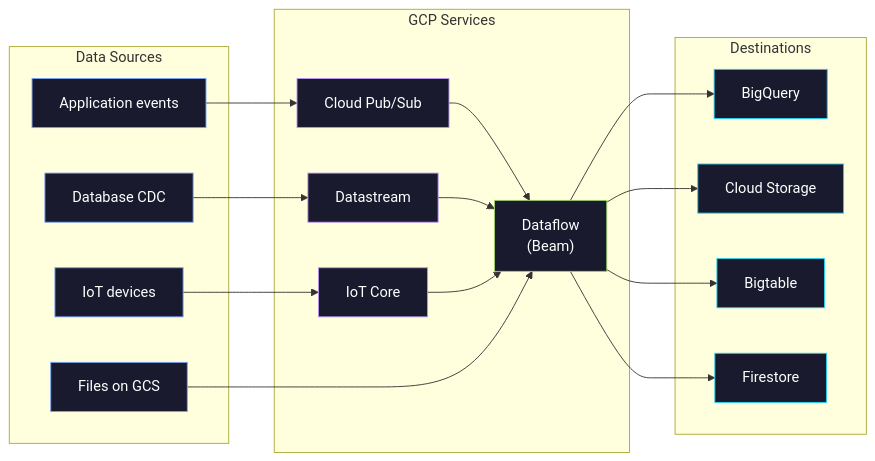
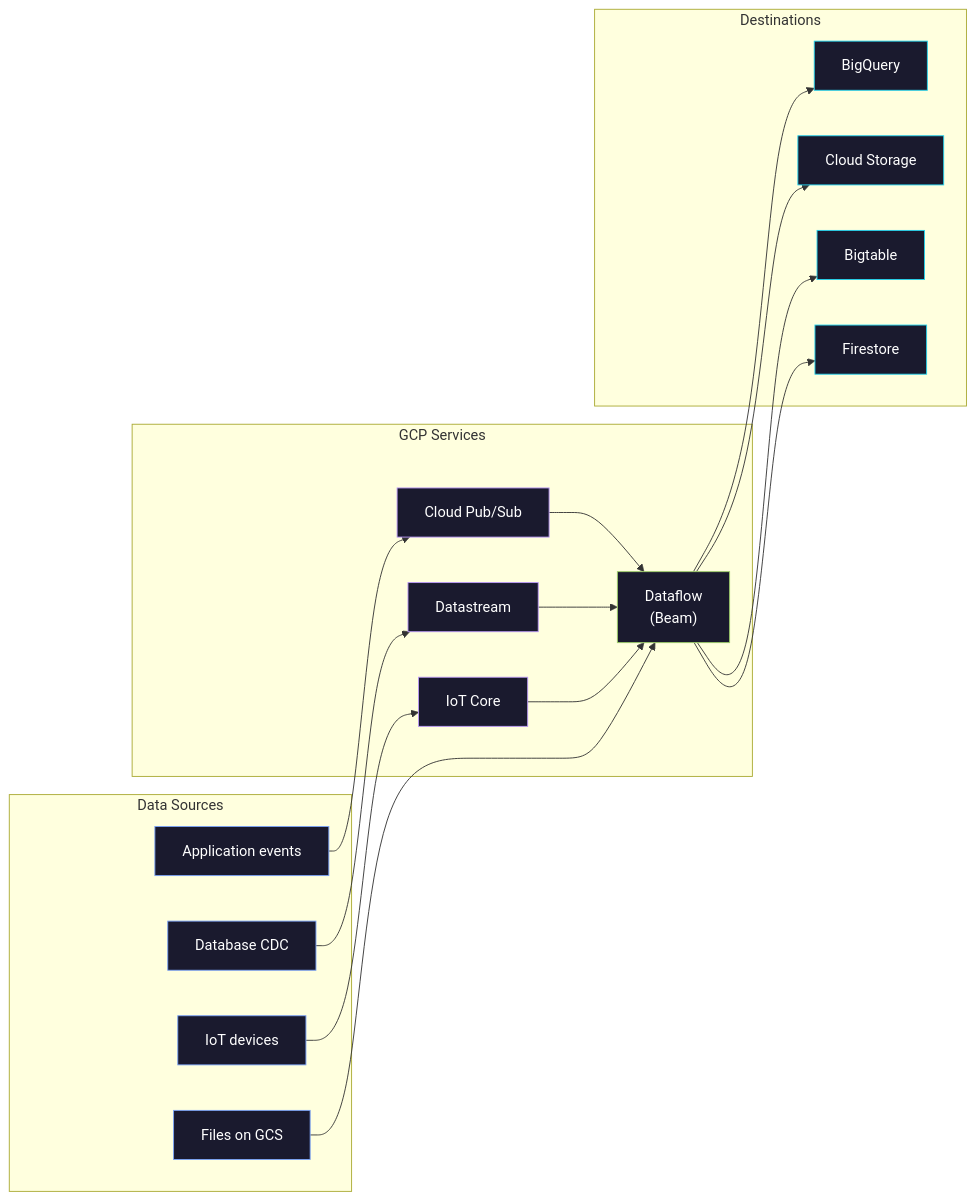
One commit to alp78/elysium changed the fourth of 4 diagrams in content/14-Data-Architecture/01-Architectures/05-streaming-architecture.md. Above: the diagram before and after it, drawn with Mermaid. The commit also changed other lines of this file and 216 other files, not shown here.

````diff
--- a/content/14-Data-Architecture/01-Architectures/05-streaming-architecture.md
+++ b/content/14-Data-Architecture/01-Architectures/05-streaming-architecture.md
@@ -721,45 +736,63 @@
 ```mermaid
 flowchart LR
     subgraph Sources["Data Sources"]
+        SPAD[" "]
         s1["Application events"]
         s2["Database CDC"]
         s3["IoT devices"]
         s4["Files on GCS"]
+        SPAD ~~~ s1
+        SPAD ~~~ s2
+        SPAD ~~~ s3
+        SPAD ~~~ s4
     end
 
     subgraph GCP["GCP Services"]
+        GPAD[" "]
         pubsub["Cloud Pub/Sub"]
         ds["Datastream"]
         iot["IoT Core"]
         df["Dataflow<br/>(Beam)"]
+        GPAD ~~~ pubsub
+        GPAD ~~~ ds
+        GPAD ~~~ iot
+        GPAD ~~~ df
     end
 
     subgraph Destinations
+        DPAD[" "]
         bq["BigQuery"]
         gcs["Cloud Storage"]
         bt["Bigtable"]
         fs["Firestore"]
+        DPAD ~~~ bq
+        DPAD ~~~ gcs
+        DPAD ~~~ bt
+        DPAD ~~~ fs
     end
 
     s1 --> pubsub --> df
+    style SPAD fill:transparent,stroke:transparent,color:transparent
+    style GPAD fill:transparent,stroke:transparent,color:transparent
+    style DPAD fill:transparent,stroke:transparent,color:transparent
     s2 --> ds --> df
     s3 --> iot --> df
     s4 --> df
     df --> bq
     df --> gcs
     df --> bt
     df --> fs
 
     style s1 fill:#1a1a2e,stroke:#7aa2f7,color:#fff
     style s2 fill:#1a1a2e,stroke:#7aa2f7,color:#fff
     style s3 fill:#1a1a2e,stroke:#7aa2f7,color:#fff
     style s4 fill:#1a1a2e,stroke:#7aa2f7,color:#fff
     style pubsub fill:#1a1a2e,stroke:#bb9af7,color:#fff
     style ds fill:#1a1a2e,stroke:#bb9af7,color:#fff
     style iot fill:#1a1a2e,stroke:#bb9af7,color:#fff
     style df fill:#1a1a2e,stroke:#9ece6a,color:#fff
     style bq fill:#1a1a2e,stroke:#22d3ee,color:#fff
     style gcs fill:#1a1a2e,stroke:#22d3ee,color:#fff
     style bt fill:#1a1a2e,stroke:#22d3ee,color:#fff
     style fs fill:#1a1a2e,stroke:#22d3ee,color:#fff
 ```
````
